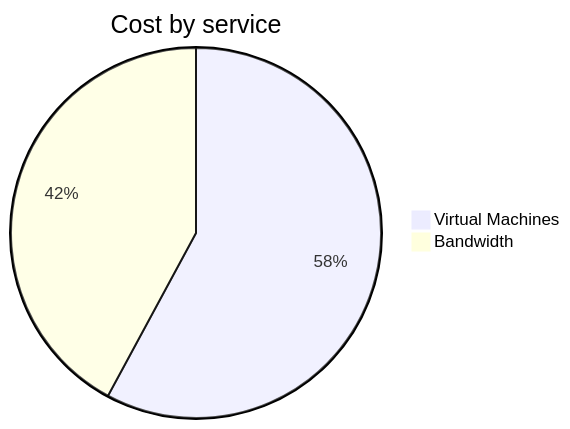
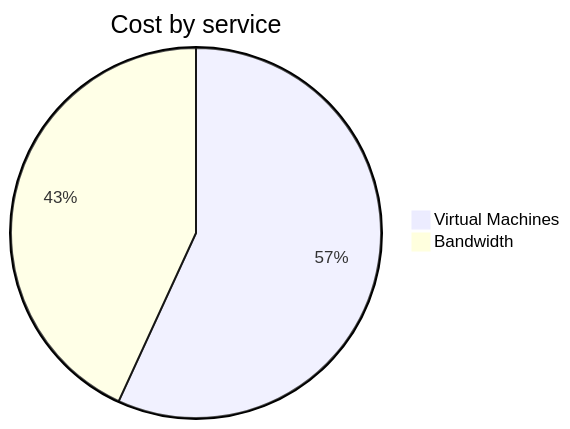
Before and after one commit to jpfulton/azure-personal-reports: the second of 4 diagrams in cost-reports/personal-network/vpn-server.md, drawn with Mermaid. The commit also changed other lines of this file and 8 other files, not shown here.

````diff
--- a/cost-reports/personal-network/vpn-server.md
+++ b/cost-reports/personal-network/vpn-server.md
@@ -96,6 +96,6 @@
 ```mermaid
 pie
    title Cost by service
-   "Virtual Machines" : 3.78
-   "Bandwidth" : 2.75
+   "Virtual Machines" : 3.98
+   "Bandwidth" : 3.02
 ```
````
